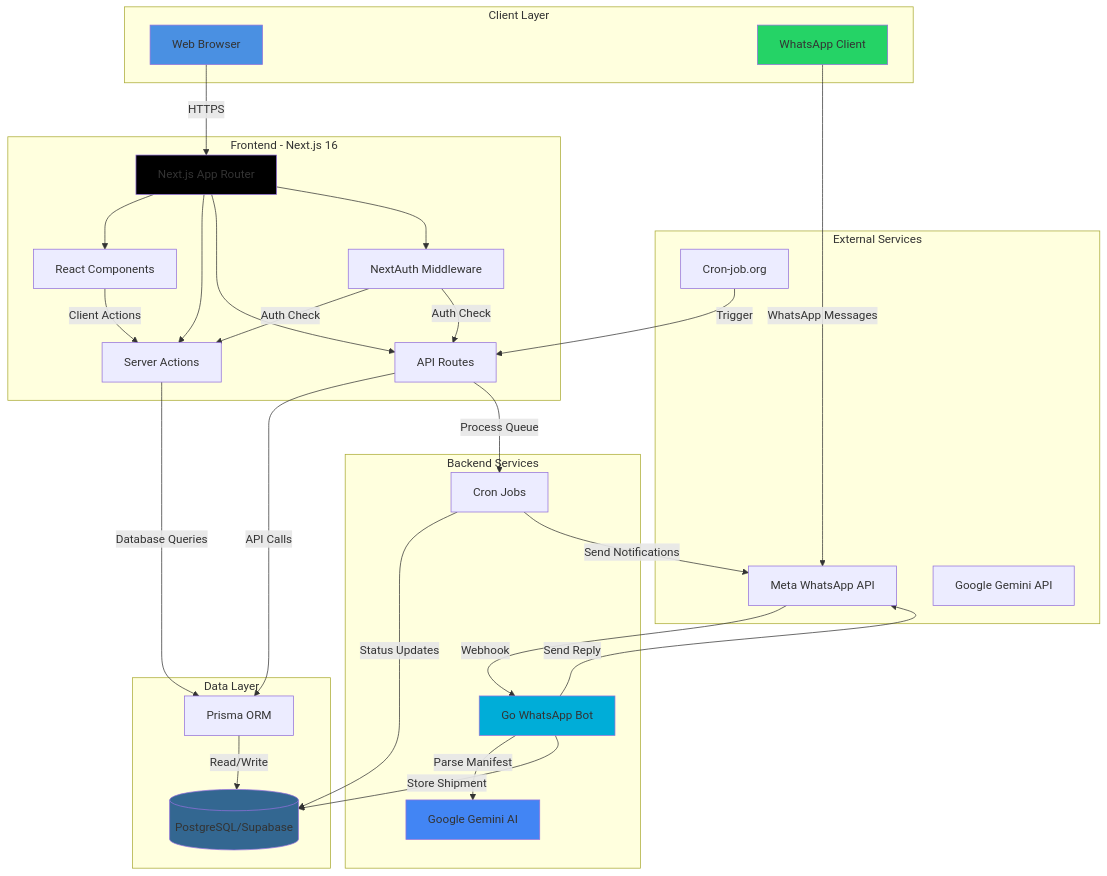
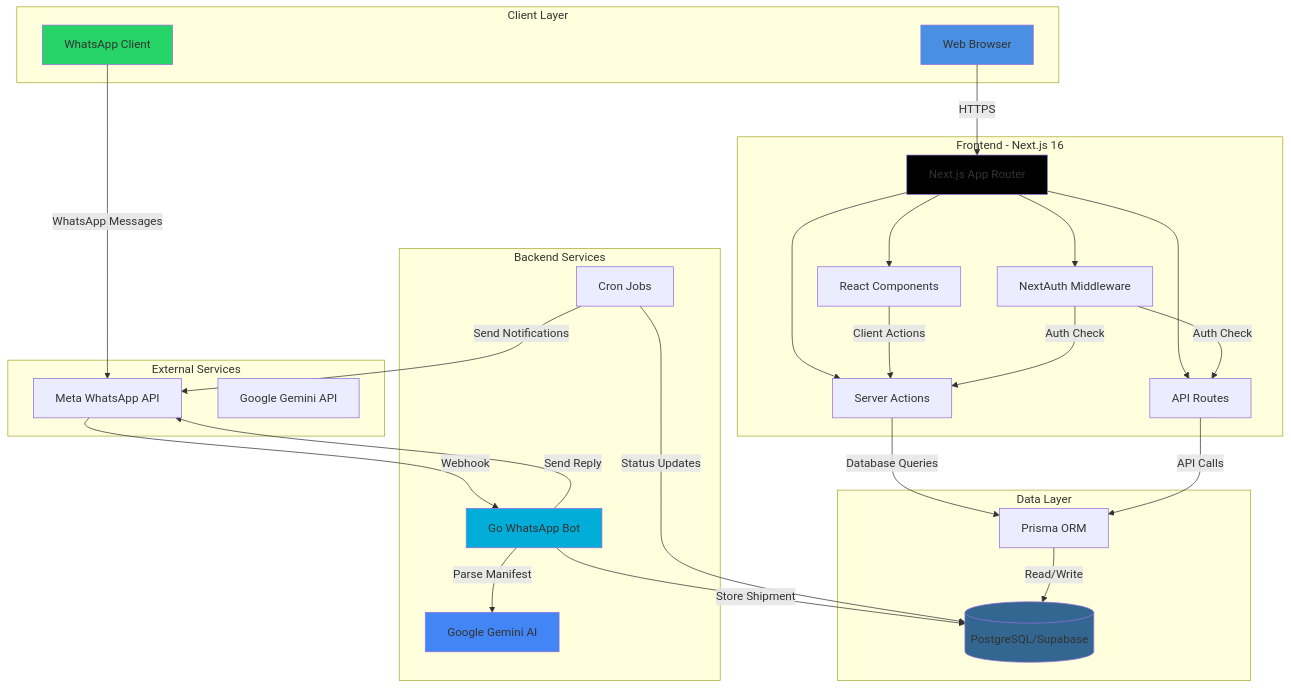
The diagram in README.md (NexGenCodes/webTracker), drawn with Mermaid before and after one commit. The commit also changed other lines of this file and 1 other file, not shown here.

````diff
--- a/README.md
+++ b/README.md
@@ -37,67 +37,64 @@
 ```mermaid
 graph TB
     subgraph "Client Layer"
         A[Web Browser]
         B[WhatsApp Client]
     end
 
     subgraph "Frontend - Next.js 16"
         C[Next.js App Router]
         D[React Components]
         E[Server Actions]
         F[API Routes]
         G[NextAuth Middleware]
     end
 
     subgraph "Backend Services"
         H[Go WhatsApp Bot]
         I[Cron Jobs]
         J[Google Gemini AI]
     end
 
     subgraph "Data Layer"
         K[(PostgreSQL/Supabase)]
         L[Prisma ORM]
     end
 
     subgraph "External Services"
         M[Meta WhatsApp API]
         N[Google Gemini API]
-        O[Cron-job.org]
+        N[Google Gemini API]
     end
 
     A -->|HTTPS| C
     B -->|WhatsApp Messages| M
     M -->|Webhook| H
     
     C --> D
     C --> E
     C --> F
     C --> G
     
     D -->|Client Actions| E
     E -->|Database Queries| L
     F -->|API Calls| L
     
     H -->|Parse Manifest| J
     H -->|Store Shipment| K
     H -->|Send Reply| M
     
     I -->|Status Updates| K
     I -->|Send Notifications| M
     
-    O -->|Trigger| F
-    F -->|Process Queue| I
-    
     L -->|Read/Write| K
     
     G -->|Auth Check| E
     G -->|Auth Check| F
 
     style A fill:#4A90E2
     style B fill:#25D366
     style C fill:#000000
     style H fill:#00ADD8
     style K fill:#336791
     style J fill:#4285F4
 ```
````
